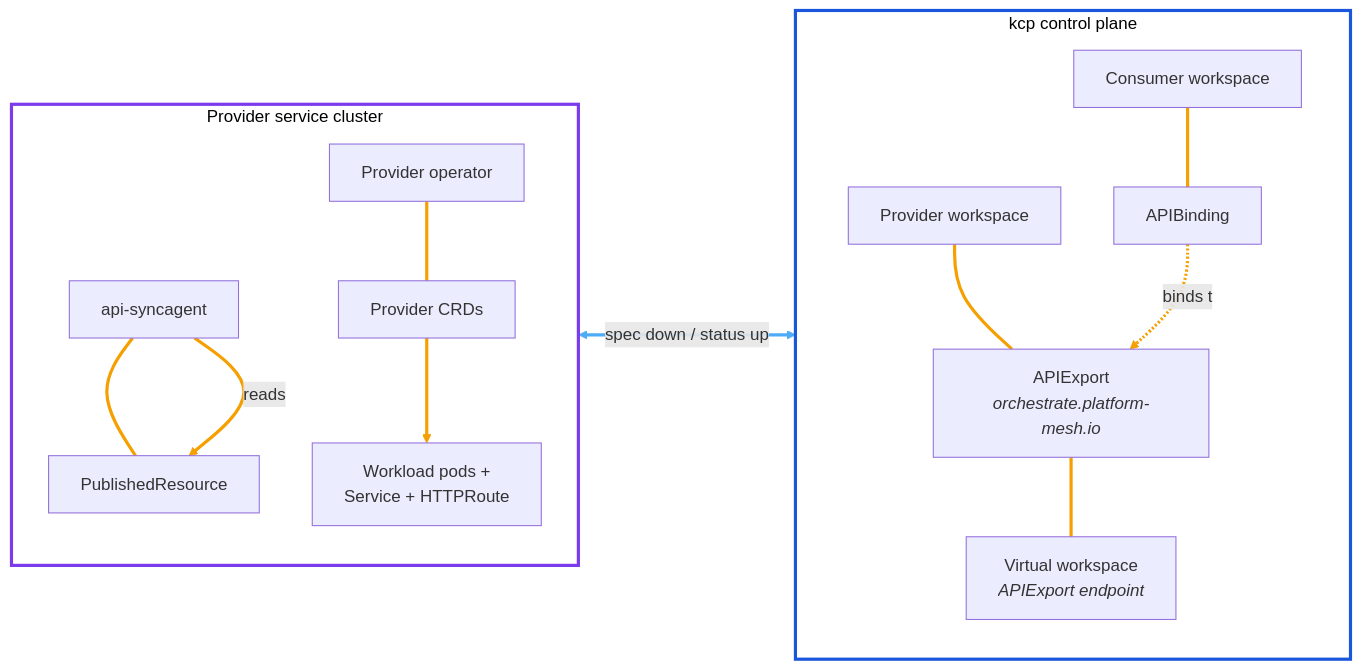
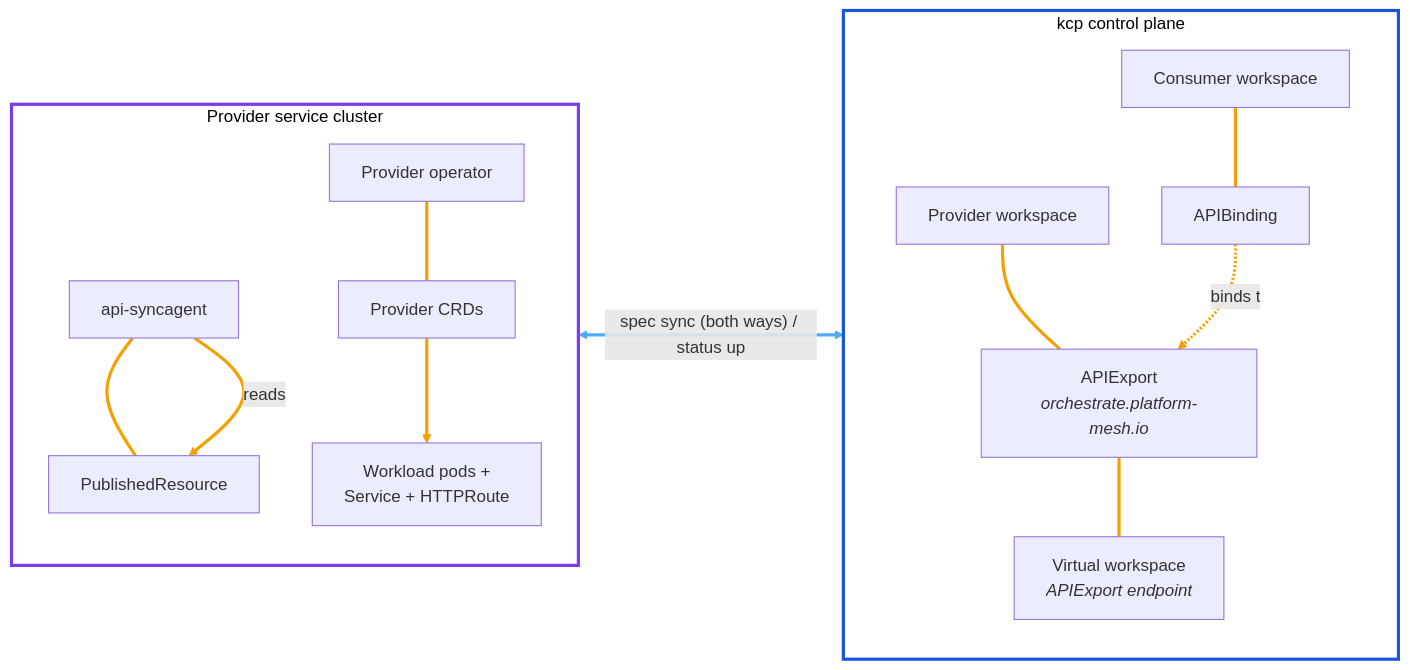
Before and after one commit to platform-mesh/platform-mesh.github.io: the third of 4 diagrams in concepts/integration/api-syncagent.md, drawn with Mermaid. The commit also changed other lines of this file and 22 other files, not shown here.

````diff
--- a/concepts/integration/api-syncagent.md
+++ b/concepts/integration/api-syncagent.md
@@ -62,39 +62,39 @@
 ```mermaid
 flowchart LR
     subgraph kcp["kcp control plane"]
         direction TB
         pw["Provider workspace"]
         ae["APIExport<br/><i>orchestrate.platform-mesh.io</i>"]
         vw["Virtual workspace<br/><i>APIExport endpoint</i>"]
         cw["Consumer workspace"]
         ab["APIBinding"]
 
         pw --- ae
         ae --- vw
         cw --- ab
         ab -.binds to.-> ae
     end
 
     subgraph sc["Provider service cluster"]
         direction TB
         sa["api-syncagent"]
         pr["PublishedResource"]
         ctrl["Provider operator"]
         crd["Provider CRDs"]
         pods["Workload pods +<br/>Service + HTTPRoute"]
 
         sa --- pr
         ctrl --- crd
         crd --> pods
     end
 
-    sa <-- "spec down / status up" --> vw
+    sa <-- "spec sync (both ways) / status up" --> vw
     sa -- "reads" --> pr
 
     style kcp fill:none,stroke:#1a56db,stroke-width:3px,color:inherit
     style sc fill:none,stroke:#7c3aed,stroke-width:3px,color:inherit
 
     linkStyle 0,1,2,3,4,5,6 stroke:#f59f00,stroke-width:3px
     linkStyle 7 stroke:#4dabf7,stroke-width:3px
     linkStyle 8 stroke:#f59f00,stroke-width:3px
 ```
````
